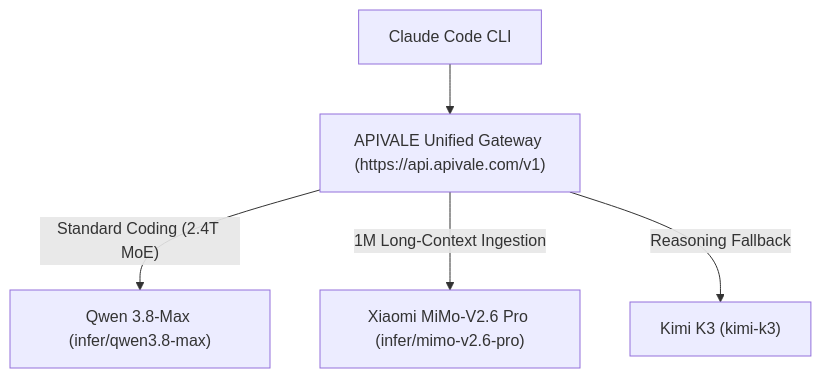
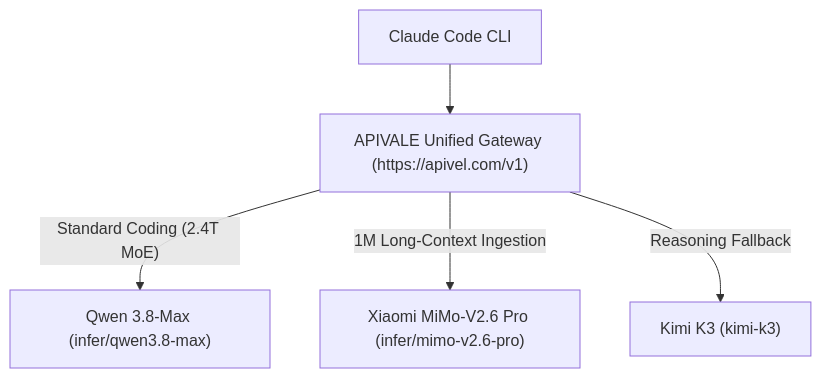
One commit to bshx2024/apivel_blog changed the second of 2 diagrams in src/content/blog/how-to-connect-qwen-3-8-to-claude-code-cli.md. Above: the diagram before and after it, drawn with Mermaid. The commit also changed other lines of this file and 77 other files, not shown here.

Commit message:
fix(docs): update all model API base URLs to https://apivel.com/v1

````diff
--- a/src/content/blog/how-to-connect-qwen-3-8-to-claude-code-cli.md
+++ b/src/content/blog/how-to-connect-qwen-3-8-to-claude-code-cli.md
@@ -484,7 +484,7 @@
 ```mermaid
 graph TD
-    CLI["Claude Code CLI"] --> Gateway["APIVALE Unified Gateway (https://api.apivale.com/v1)"]
+    CLI["Claude Code CLI"] --> Gateway["APIVALE Unified Gateway (https://apivel.com/v1)"]
     Gateway -->|"Standard Coding (2.4T MoE)"| Qwen["Qwen 3.8-Max (infer/qwen3.8-max)"]
     Gateway -->|"1M Long-Context Ingestion"| MiMo["Xiaomi MiMo-V2.6 Pro (infer/mimo-v2.6-pro)"]
     Gateway -->|"Reasoning Fallback"| Kimi["Kimi K3 (kimi-k3)"]
 ```
````
